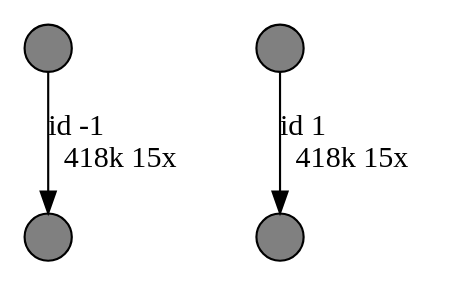
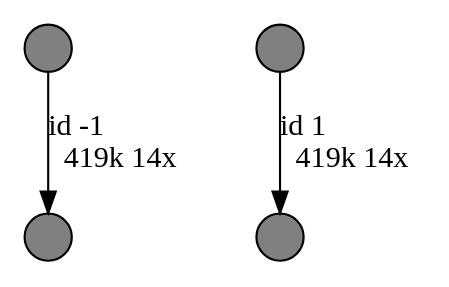
One commit to bgruening/galaxytools changed the diagram in tools/flye/test-data/result1_assembly_graph.dot. Above: the diagram before and after it, drawn with Graphviz. The commit also changed 5 other files, not shown here.

```diff
--- a/tools/flye/test-data/result1_assembly_graph.dot
+++ b/tools/flye/test-data/result1_assembly_graph.dot
@@ -1,10 +1,10 @@
 digraph {
 nodesep = 0.5;
 node [shape = circle, label = "", height = 0.3];
 "0" [style = "filled", fillcolor = "grey"];
 "1" [style = "filled", fillcolor = "grey"];
 "2" [style = "filled", fillcolor = "grey"];
 "3" [style = "filled", fillcolor = "grey"];
-"1" -> "3" [label = "id 1\l418k 15x", color = "black"] ;
-"2" -> "0" [label = "id -1\l418k 15x", color = "black"] ;
+"3" -> "2" [label = "id 1\l419k 14x", color = "black"] ;
+"1" -> "0" [label = "id -1\l419k 14x", color = "black"] ;
 }
```
